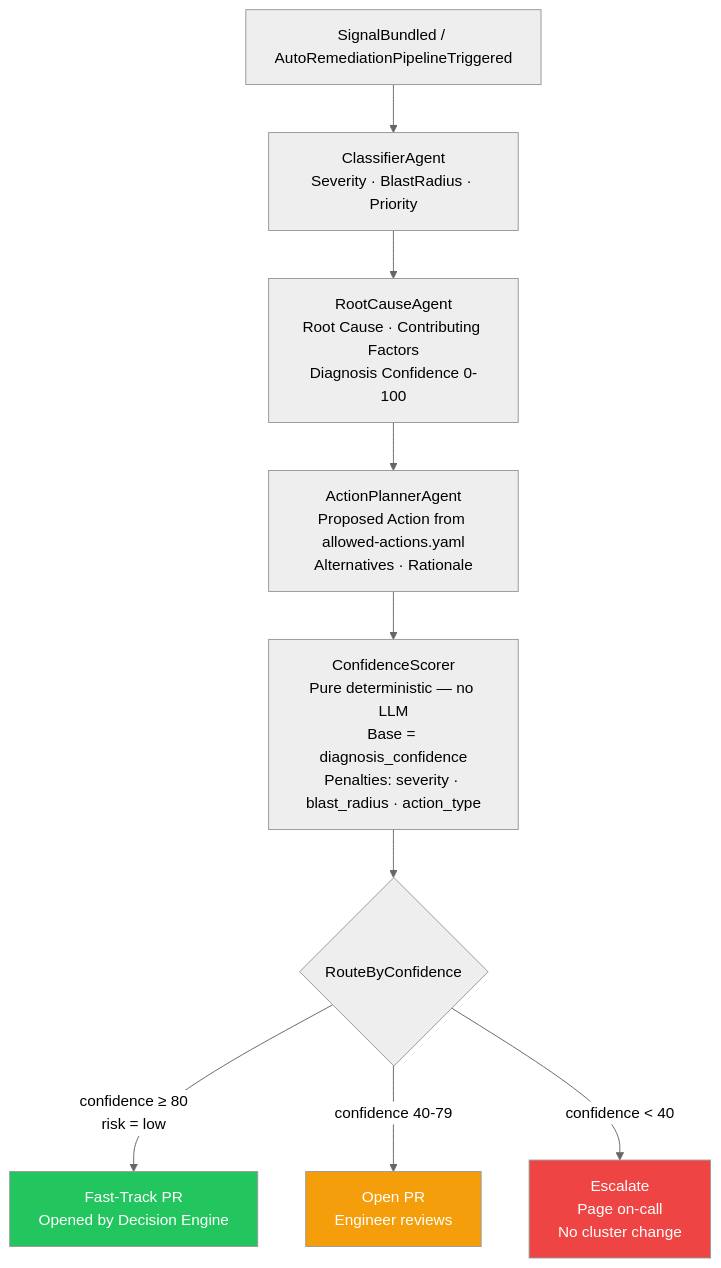
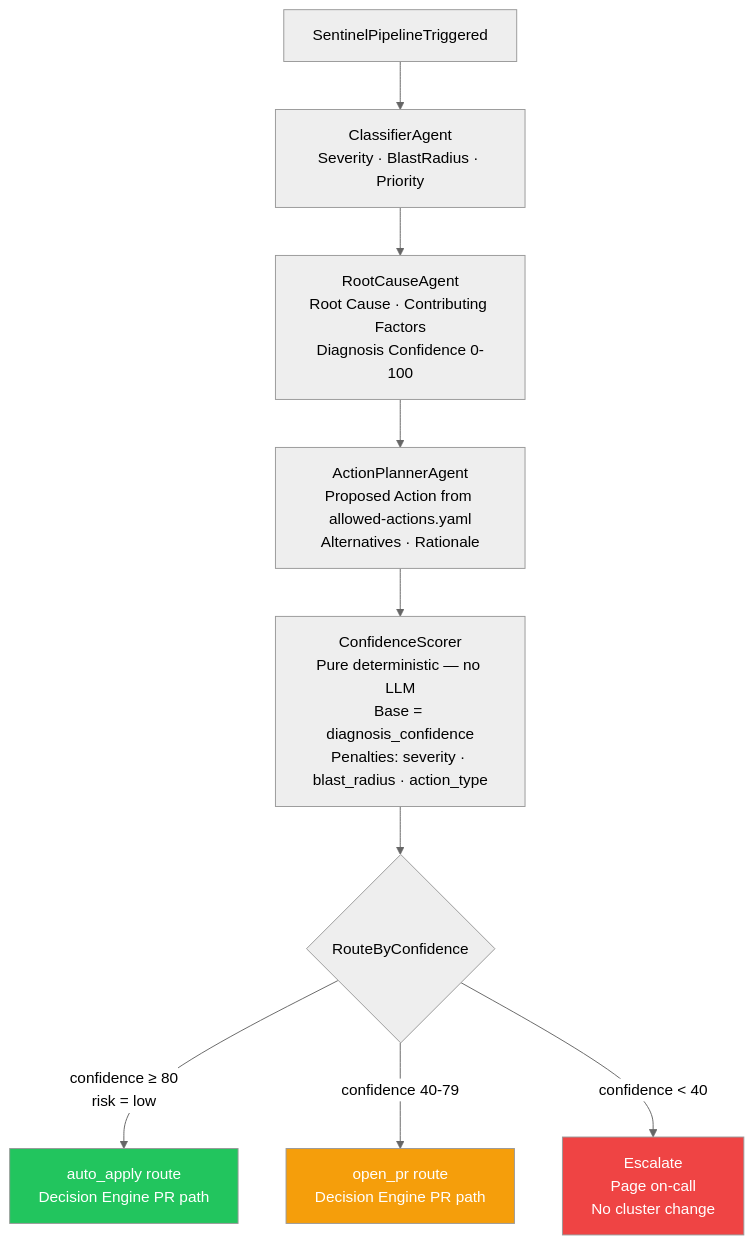
One commit to adedaramola/gitops-auto-remediation changed the second of 4 diagrams in docs/architecture.md. Above: the diagram before and after it, drawn with Mermaid (neutral theme). The commit also changed other lines of this file and 4 other files, not shown here.

````diff
--- a/docs/architecture.md
+++ b/docs/architecture.md
@@ -66,15 +66,15 @@
 ```mermaid
 flowchart TD
-    A[SignalBundled / AutoRemediationPipelineTriggered] --> B[ClassifierAgent\nSeverity · BlastRadius · Priority]
+    A[SentinelPipelineTriggered] --> B[ClassifierAgent\nSeverity · BlastRadius · Priority]
     B --> C[RootCauseAgent\nRoot Cause · Contributing Factors\nDiagnosis Confidence 0-100]
     C --> D[ActionPlannerAgent\nProposed Action from allowed-actions.yaml\nAlternatives · Rationale]
     D --> E[ConfidenceScorer\nPure deterministic — no LLM\nBase = diagnosis_confidence\nPenalties: severity · blast_radius · action_type]
     E --> F{RouteByConfidence}
-    F -->|confidence ≥ 80\nrisk = low| G[Fast-Track PR\nOpened by Decision Engine]
-    F -->|confidence 40-79| H[Open PR\nEngineer reviews]
+    F -->|confidence ≥ 80\nrisk = low| G[auto_apply route\nDecision Engine PR path]
+    F -->|confidence 40-79| H[open_pr route\nDecision Engine PR path]
     F -->|confidence < 40| I[Escalate\nPage on-call\nNo cluster change]
 
     style G fill:#22c55e,color:#fff
     style H fill:#f59e0b,color:#fff
     style I fill:#ef4444,color:#fff
 ```
````
